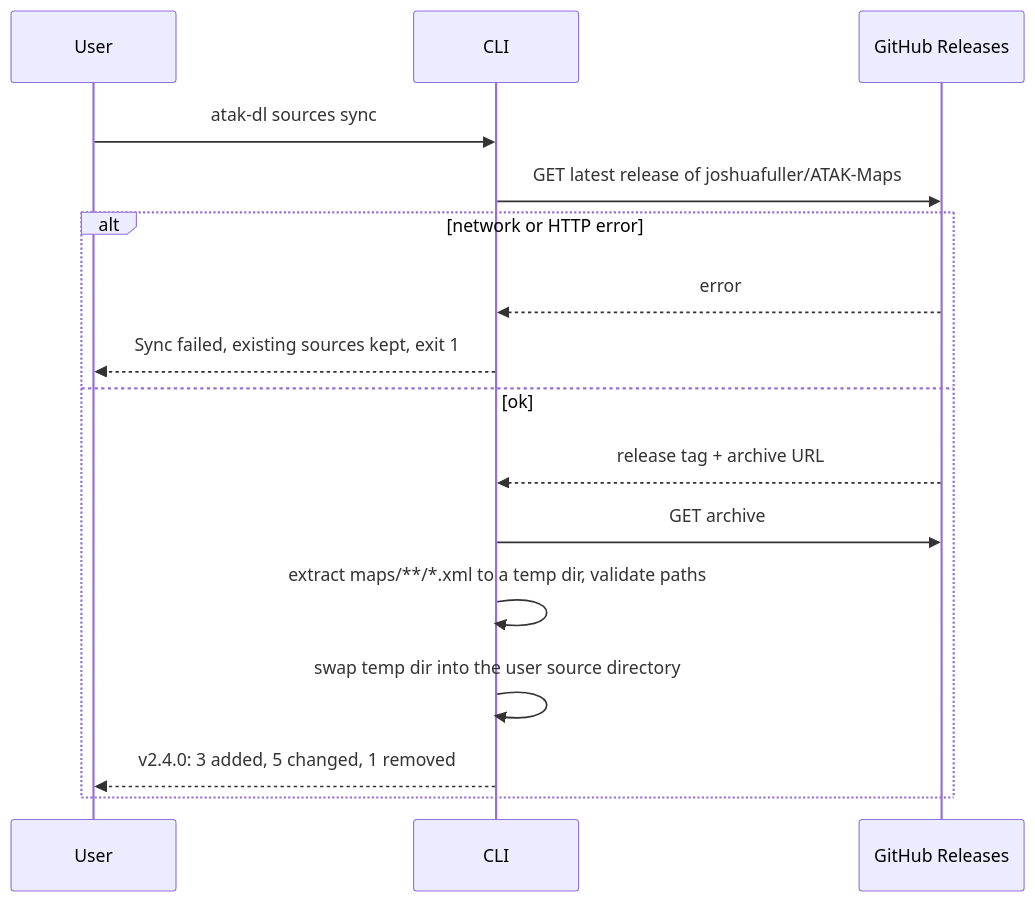
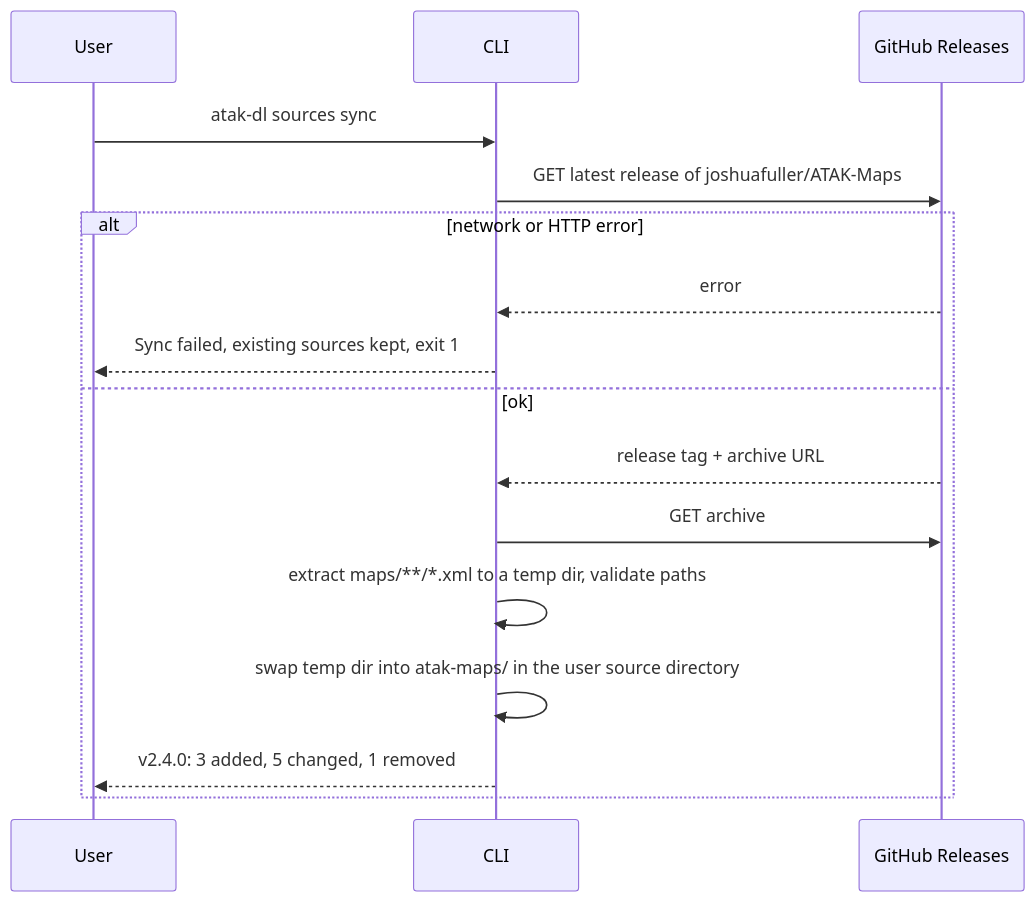
Before and after one commit to Crank-Git/ATAKMapDownloader: the second of 2 diagrams in docs/specs/features/09-source-sync.md, drawn with Mermaid. The commit also changed other lines of this file and 11 other files, not shown here.

First line of the commit message:
Record the epic #36 source layers and atak-maps/ in the spec

````diff
--- a/docs/specs/features/09-source-sync.md
+++ b/docs/specs/features/09-source-sync.md
@@ -105,18 +110,18 @@
 ```mermaid
 sequenceDiagram
   participant U as User
   participant C as CLI
   participant G as GitHub Releases
   U->>C: atak-dl sources sync
   C->>G: GET latest release of joshuafuller/ATAK-Maps
   alt network or HTTP error
     G-->>C: error
     C-->>U: Sync failed, existing sources kept, exit 1
   else ok
     G-->>C: release tag + archive URL
     C->>G: GET archive
     C->>C: extract maps/**/*.xml to a temp dir, validate paths
-    C->>C: swap temp dir into the user source directory
+    C->>C: swap temp dir into atak-maps/ in the user source directory
     C-->>U: v2.4.0: 3 added, 5 changed, 1 removed
   end
 ```
````
